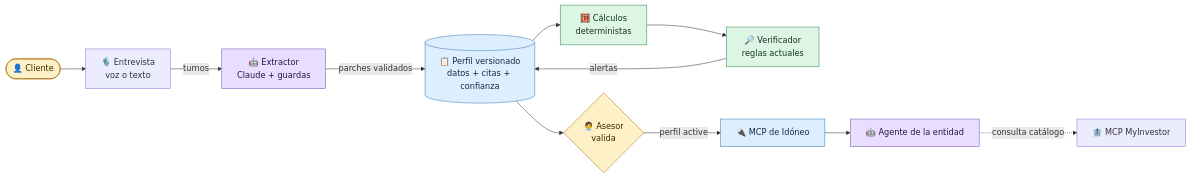
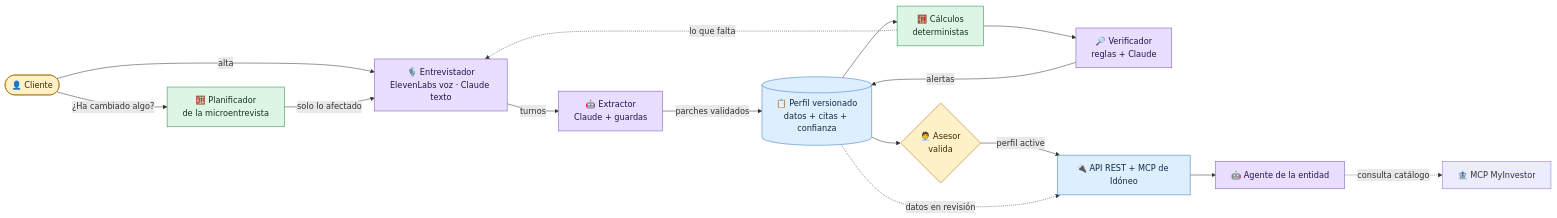
The first of 7 diagrams in docs/arquitectura.md (fernanrama/idoneo), drawn with Mermaid before and after one commit. The commit also changed 1 other file, not shown here.

Commit message:
docs(arquitectura): el diagrama incluye la microentrevista y el entrevistador
El diagrama del README y el de docs/arquitectura.md no mostraban las
microentrevistas ni quién hace las preguntas. Ahora aparecen:
- el entrevistador (ElevenLabs por voz, Claude por escrito) y el bucle
  «lo que falta» que lo guía;
- «¿Ha cambiado algo?» → planificador determinista → microentrevista;
- el asesor valida viendo el antes y el después;
- los consumidores reciben lo validado y los datos en revisión
  (pending_review);
- el verificador como reglas + Claude, y las pruebas de audio en las
  evidencias.

````diff
--- a/docs/arquitectura.md
+++ b/docs/arquitectura.md
@@ -12,32 +12,38 @@
 ```mermaid
 flowchart LR
     C([👤 Cliente])
-    I[🎙️ Entrevista<br/>voz o texto]
+    I[🎙️ Entrevistador<br/>ElevenLabs voz · Claude texto]
+    R[🧮 Planificador<br/>de la microentrevista]
     X[🤖 Extractor<br/>Claude + guardas]
     P[(📋 Perfil versionado<br/>datos + citas + confianza)]
     K[🧮 Cálculos<br/>deterministas]
-    V[🔎 Verificador<br/>reglas actuales]
+    V[🔎 Verificador<br/>reglas + Claude]
     H{🧑‍💼 Asesor<br/>valida}
-    M[🔌 MCP de Idóneo]
+    M[🔌 API REST + MCP de Idóneo]
     A[🤖 Agente de la entidad]
     MI[🏦 MCP MyInvestor]
 
-    C --> I -->|turnos| X
+    C -->|alta| I
+    C -->|¿Ha cambiado algo?| R
+    R -->|solo lo afectado| I
+    I -->|turnos| X
     X -->|parches validados| P
     P --> K
     K --> V
     V -->|alertas| P
+    K -. lo que falta .-> I
     P --> H
     H -->|perfil active| M
+    P -. datos en revisión .-> M
     M --> A
     A -. consulta catálogo .-> MI
 
     classDef human fill:#FFF1C7,stroke:#A66B00,color:#3A2900
     classDef ai fill:#E9DEFF,stroke:#7251B5,color:#261447
     classDef code fill:#DDF5E5,stroke:#29864A,color:#12351F
     classDef data fill:#DDEEFF,stroke:#3478B8,color:#102B43
     class C,H human
-    class X,A ai
-    class K,V code
+    class I,X,V,A ai
+    class R,K code
     class P,M data
 ```
````
